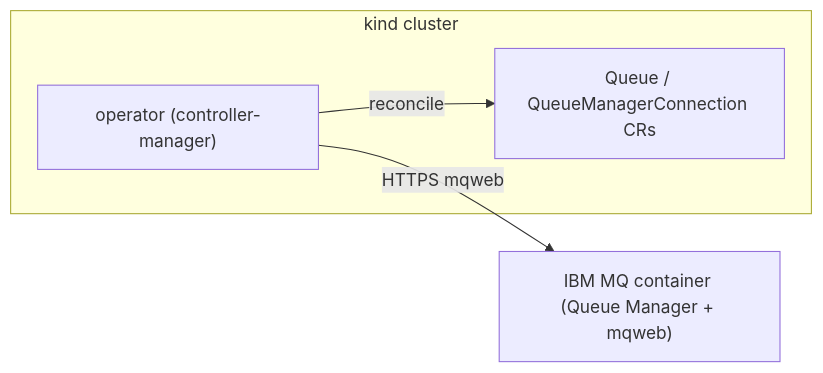
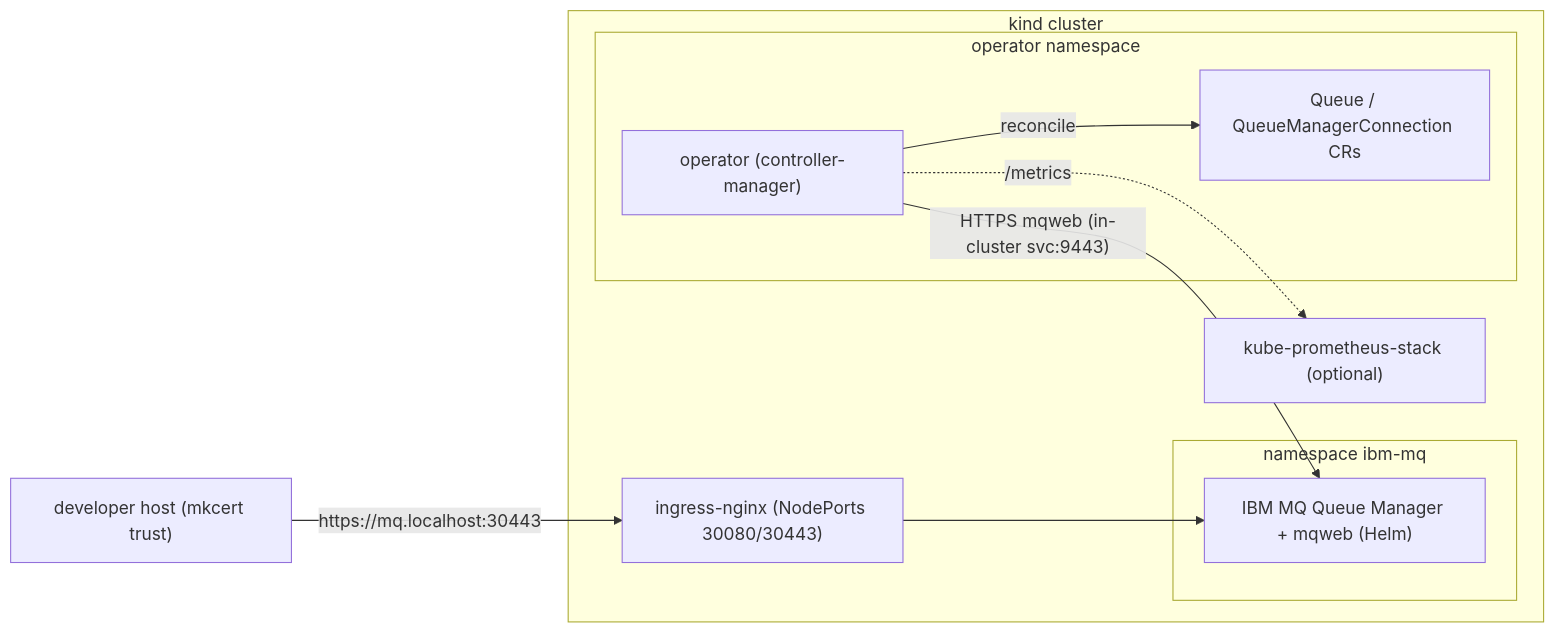
The third of 3 diagrams in docs/ARCHITECTURE.md (PlatformRelay/MKurator), drawn with Mermaid before and after one commit. The commit also changed other lines of this file and 15 other files, not shown here.

````diff
--- a/docs/ARCHITECTURE.md
+++ b/docs/ARCHITECTURE.md
@@ -183,10 +262,19 @@
 ```mermaid
 flowchart LR
+  host["developer host (mkcert trust)"]
   subgraph kind [kind cluster]
-    op["operator (controller-manager)"]
-    crs["Queue / QueueManagerConnection CRs"]
+    ing["ingress-nginx (NodePorts 30080/30443)"]
+    subgraph mqns [namespace ibm-mq]
+      qm["IBM MQ Queue Manager + mqweb (Helm)"]
+    end
+    subgraph opns [operator namespace]
+      op["operator (controller-manager)"]
+      crs["Queue / QueueManagerConnection CRs"]
+    end
+    mon["kube-prometheus-stack (optional)"]
   end
-  qmc["IBM MQ container (Queue Manager + mqweb)"]
+  host -->|"https://mq.localhost:30443"| ing --> qm
   op -->|"reconcile"| crs
-  op -->|"HTTPS mqweb"| qmc
+  op -->|"HTTPS mqweb (in-cluster svc:9443)"| qm
+  op -.->|"/metrics"| mon
 ```
````
